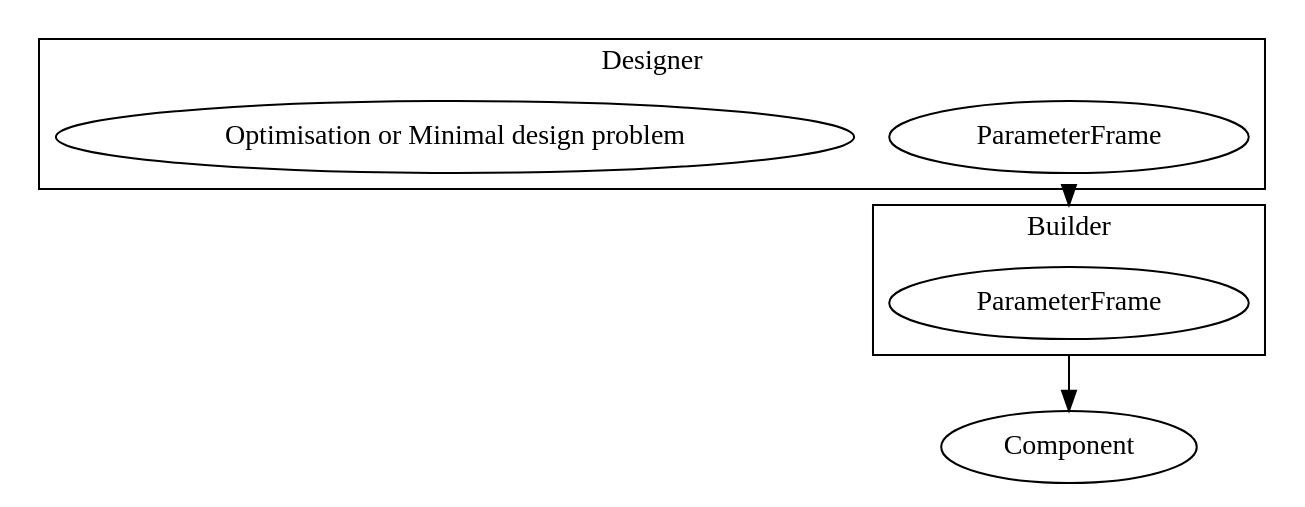
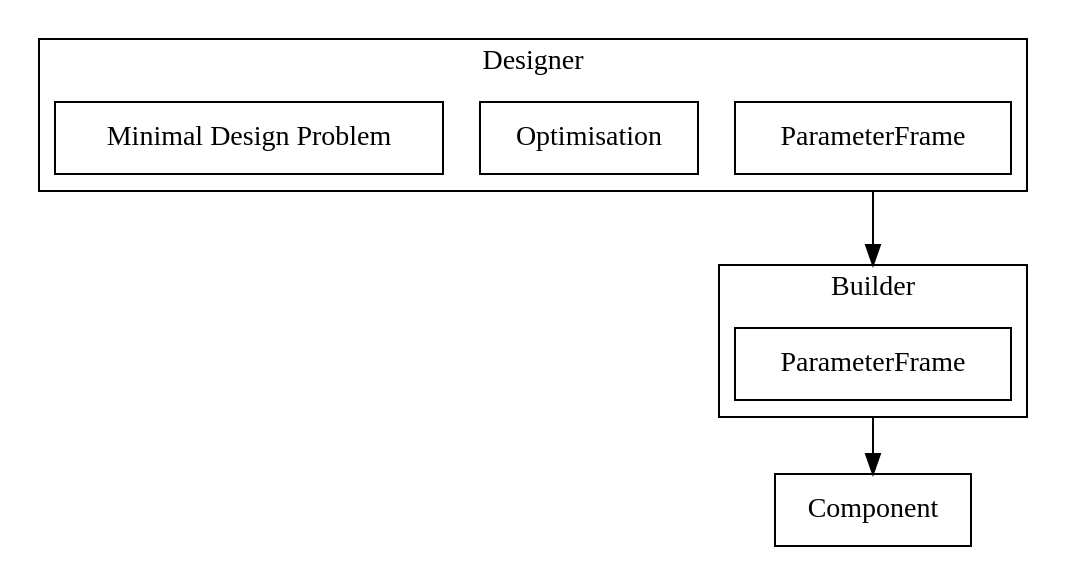
Before and after one commit to Fusion-Power-Plant-Framework/bluemira: the diagram in documentation/source/base/design_build.dot, drawn with Graphviz.

Commit message:
🎨 links and shape change

```diff
--- a/documentation/source/base/design_build.dot
+++ b/documentation/source/base/design_build.dot
@@ -1,17 +1,25 @@
 digraph {
     compound=true;
+    node [shape=record]
 
     subgraph cluster_0 {
         label="Designer";
-        a[label="ParameterFrame"];
-        b[label="Optimisation or Minimal design problem"]
+        tooltip="Designer";
+        href="../base/design_build.html"
+        target="_parent"
+        a[label="ParameterFrame", tooltip="ParameterFrame", href="../base/parameter.html", target="_parent"];
+        b[label="Optimisation", tooltip="Optimisation"];
+        c[label="Minimal Design Problem", tooltip="Minimal Design Problem"];
     }
 
     subgraph cluster_1 {
         label="Builder";
-        c[label="ParameterFrame"];
+        tooltip="Builder";
+        href="../base/design_build.html"
+        target="_parent"
+        d[label="ParameterFrame", tooltip="ParameterFrame", href="../base/parameter.html", target="_parent"];
     }
-    a -> c [ltail=cluster_0, lhead=cluster_1];
-    c -> d [ltail=cluster_1]
-    d[label="Component"]
+    a -> d [ltail=cluster_0, lhead=cluster_1, minlen=2];
+    d -> e [ltail=cluster_1]
+    e[label="Component", tooltip="Component", href="../base/components.html", target="_parent"]
 }
```
